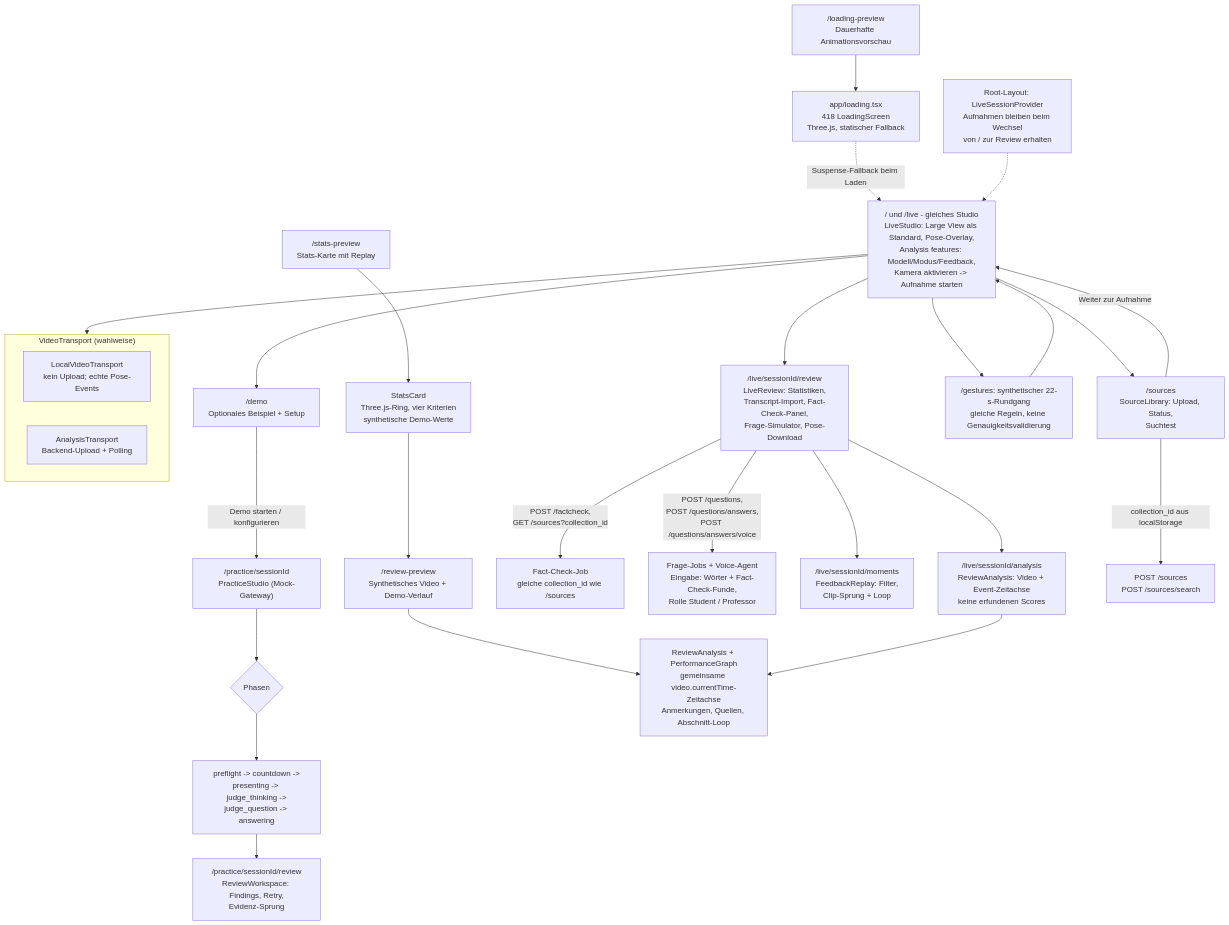
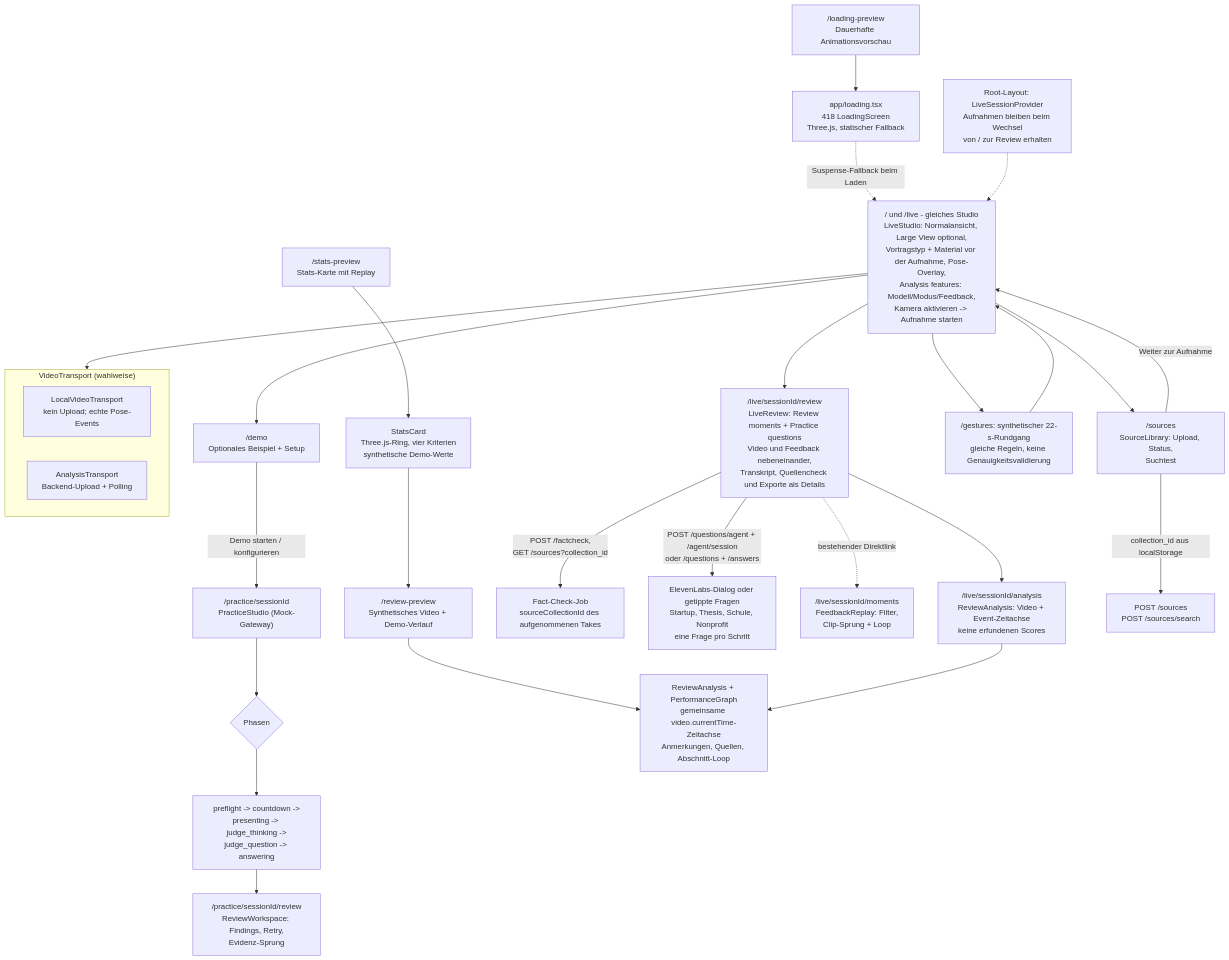
The seventh of 11 diagrams in docs/03-architecture.md (johannes3502/hackathon-fulda), drawn with Mermaid before and after one commit. The commit also changed other lines of this file and 36 other files, not shown here.

Commit message:
Simplify presentation review and add contextual ElevenLabs questions

````diff
--- a/docs/03-architecture.md
+++ b/docs/03-architecture.md
@@ -339,36 +361,36 @@
 ```mermaid
 flowchart TD
     LOADING["app/loading.tsx<br/>418 LoadingScreen<br/>Three.js, statischer Fallback"]
     LP["/loading-preview<br/>Dauerhafte Animationsvorschau"] --> LOADING
     SP["/stats-preview<br/>Stats-Karte mit Replay"] --> SC["StatsCard<br/>Three.js-Ring, vier Kriterien<br/>synthetische Demo-Werte"]
     SC --> RP["/review-preview<br/>Synthetisches Video + Demo-Verlauf"]
     LOADING -. "Suspense-Fallback beim Laden" .-> LIVE
-    LIVE["/ und /live - gleiches Studio<br/>LiveStudio: Large View als Standard, Pose-Overlay,<br/>Analysis features: Modell/Modus/Feedback,<br/>Kamera aktivieren -> Aufnahme starten"]
+    LIVE["/ und /live - gleiches Studio<br/>LiveStudio: Normalansicht, Large View optional,<br/>Vortragstyp + Material vor der Aufnahme, Pose-Overlay,<br/>Analysis features: Modell/Modus/Feedback,<br/>Kamera aktivieren -> Aufnahme starten"]
     STORE["Root-Layout: LiveSessionProvider<br/>Aufnahmen bleiben beim Wechsel<br/>von / zur Review erhalten"] -.-> LIVE
     LIVE --> DEMOPAGE["/demo<br/>Optionales Beispiel + Setup"]
     DEMOPAGE -->|"Demo starten / konfigurieren"| PRAC["/practice/sessionId<br/>PracticeStudio (Mock-Gateway)"]
     LIVE --> SRC["/sources<br/>SourceLibrary: Upload, Status,<br/>Suchtest"]
     SRC -->|"Weiter zur Aufnahme"| LIVE
     LIVE --> WALK["/gestures: synthetischer 22-s-Rundgang<br/>gleiche Regeln, keine Genauigkeitsvalidierung"]
     WALK --> LIVE
 
     PRAC --> STATE{"Phasen"}
     STATE --> P1["preflight -> countdown -><br/>presenting -> judge_thinking -><br/>judge_question -> answering"]
     P1 --> PREV["/practice/sessionId/review<br/>ReviewWorkspace: Findings, Retry,<br/>Evidenz-Sprung"]
 
-    LIVE --> LREV["/live/sessionId/review<br/>LiveReview: Statistiken,<br/>Transcript-Import, Fact-Check-Panel,<br/>Frage-Simulator, Pose-Download"]
-    LREV -->|"POST /factcheck,<br/>GET /sources?collection_id"| FCAPI["Fact-Check-Job<br/>gleiche collection_id wie /sources"]
-    LREV -->|"POST /questions,<br/>POST /questions/answers,<br/>POST /questions/answers/voice"| QAPI["Frage-Jobs + Voice-Agent<br/>Eingabe: Wörter + Fact-Check-Funde,<br/>Rolle Student / Professor"]
-    LREV --> MOM["/live/sessionId/moments<br/>FeedbackReplay: Filter,<br/>Clip-Sprung + Loop"]
+    LIVE --> LREV["/live/sessionId/review<br/>LiveReview: Review moments + Practice questions<br/>Video und Feedback nebeneinander,<br/>Transkript, Quellencheck und Exporte als Details"]
+    LREV -->|"POST /factcheck,<br/>GET /sources?collection_id"| FCAPI["Fact-Check-Job<br/>sourceCollectionId des aufgenommenen Takes"]
+    LREV -->|"POST /questions/agent + /agent/session<br/>oder /questions + /answers"| QAPI["ElevenLabs-Dialog oder getippte Fragen<br/>Startup, Thesis, Schule, Nonprofit<br/>eine Frage pro Schritt"]
+    LREV -. "bestehender Direktlink" .-> MOM["/live/sessionId/moments<br/>FeedbackReplay: Filter,<br/>Clip-Sprung + Loop"]
     LREV --> LA["/live/sessionId/analysis<br/>ReviewAnalysis: Video + Event-Zeitachse<br/>keine erfundenen Scores"]
     RP --> RA["ReviewAnalysis + PerformanceGraph<br/>gemeinsame video.currentTime-Zeitachse<br/>Anmerkungen, Quellen, Abschnitt-Loop"]
     LA --> RA
 
     SRC -->|"collection_id aus localStorage"| UPLOAD["POST /sources<br/>POST /sources/search"]
 
     subgraph Transport["VideoTransport (wahlweise)"]
         DEMO["LocalVideoTransport<br/>kein Upload; echte Pose-Events"]
         ANA["AnalysisTransport<br/>Backend-Upload + Polling"]
     end
     LIVE --> Transport
 ```
````
